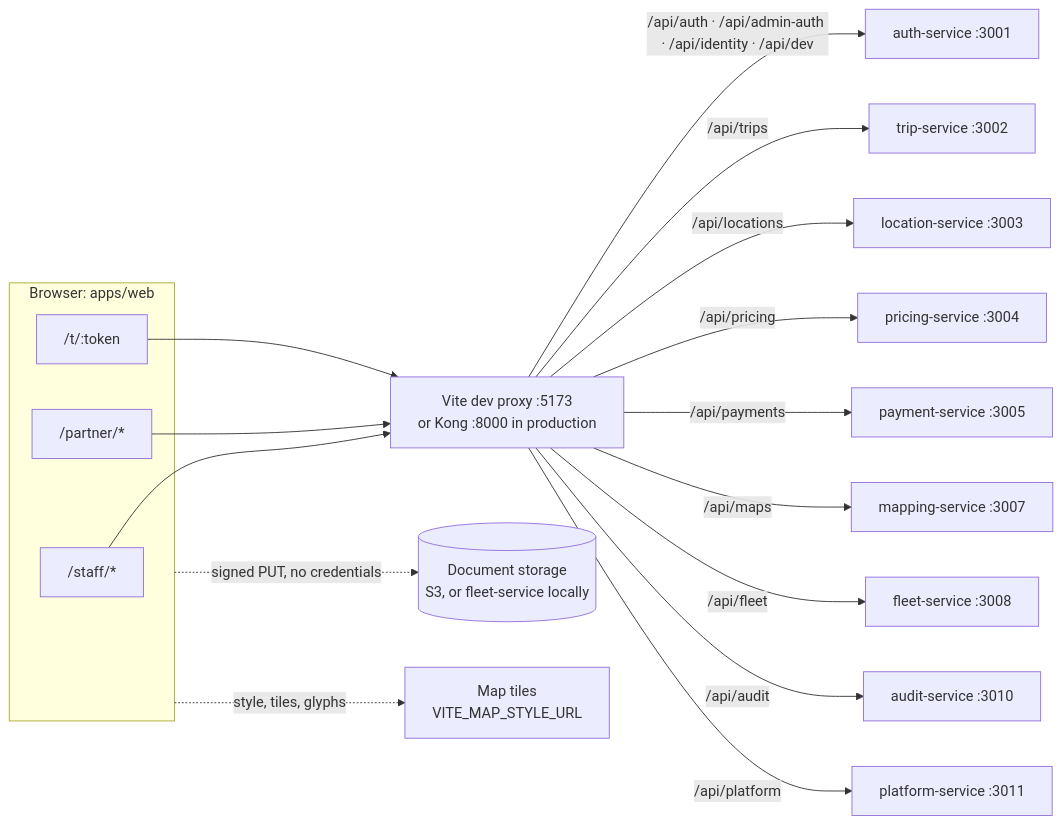
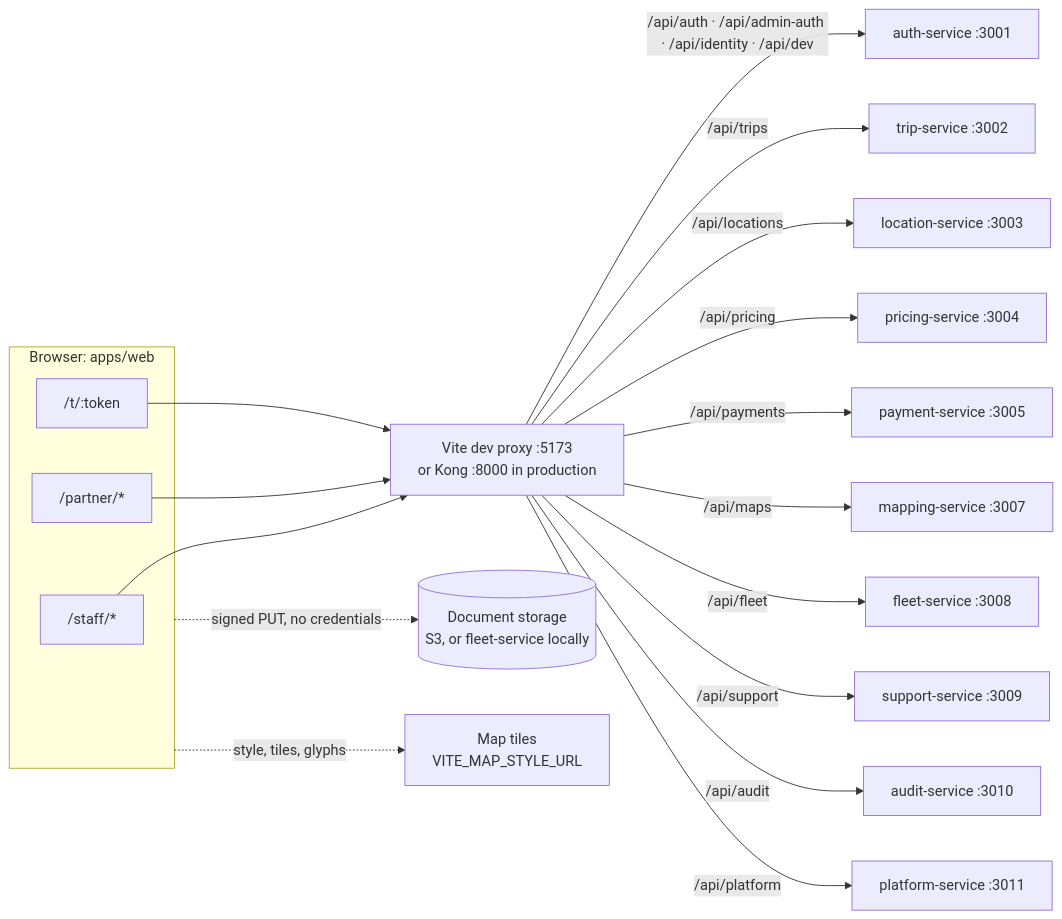
Before and after one commit to beab1212/Anbessa: the diagram in apps/web/docs/README.md, drawn with Mermaid. The commit also changed other lines of this file and 80 other files, not shown here.

````diff
--- a/apps/web/docs/README.md
+++ b/apps/web/docs/README.md
@@ -25,21 +25,22 @@
 ```mermaid
 flowchart LR
   subgraph Browser["Browser: apps/web"]
     Staff["/staff/*"]
     Partner["/partner/*"]
     Public["/t/:token"]
   end
   Proxy["Vite dev proxy :5173<br/>or Kong :8000 in production"]
   Staff & Partner & Public --> Proxy
   Proxy -->|/api/auth · /api/admin-auth · /api/identity · /api/dev| Auth["auth-service :3001"]
   Proxy -->|/api/trips| Trip["trip-service :3002"]
   Proxy -->|/api/locations| Loc["location-service :3003"]
   Proxy -->|/api/pricing| Pricing["pricing-service :3004"]
   Proxy -->|/api/payments| Pay["payment-service :3005"]
   Proxy -->|/api/maps| Map["mapping-service :3007"]
   Proxy -->|/api/fleet| Fleet["fleet-service :3008"]
+  Proxy -->|/api/support| Support["support-service :3009"]
   Proxy -->|/api/audit| Audit["audit-service :3010"]
   Proxy -->|/api/platform| Platform["platform-service :3011"]
   Browser -.->|signed PUT, no credentials| Store[("Document storage<br/>S3, or fleet-service locally")]
   Browser -.->|style, tiles, glyphs| Tiles["Map tiles<br/>VITE_MAP_STYLE_URL"]
 ```
````
